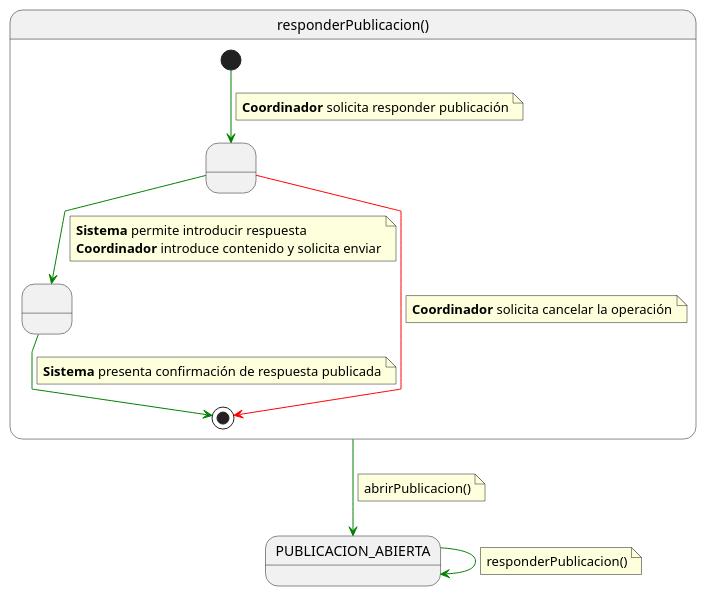
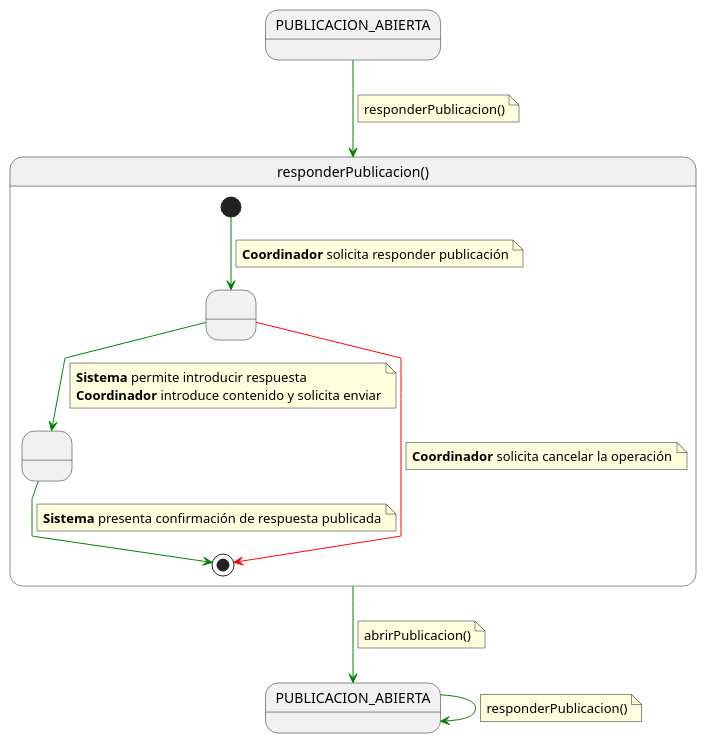
One commit to 31Diego/25-26-IdSw1-SdR changed the diagram in documentación/CasosDeUso/Detalle/Coordinador/07-publicaciones/responderPublicacion.puml. Above: the diagram before and after it, drawn with PlantUML. The commit also changed 18 other files, not shown here.

```diff
--- a/documentación/CasosDeUso/Detalle/Coordinador/07-publicaciones/responderPublicacion.puml
+++ b/documentación/CasosDeUso/Detalle/Coordinador/07-publicaciones/responderPublicacion.puml
@@ -1,42 +1,48 @@
 @startuml responderPublicacion
 
 skinparam linetype polyline
+
+state in2 as "PUBLICACION_ABIERTA"
+in2 -[#green]-> responderPublicacion
+note on link
+responderPublicacion()
+end note
 
 state responderPublicacion as "responderPublicacion()" {
 
     state " " as IntroduciendoRespuesta
     state " " as RespuestaRegistrada
 
     [*] -[#green]-> IntroduciendoRespuesta
     note on link
     <b>Coordinador</b> solicita responder publicación
     end note
 
     IntroduciendoRespuesta -[#green]-> RespuestaRegistrada
     note on link
     <b>Sistema</b> permite introducir respuesta
     <b>Coordinador</b> introduce contenido y solicita enviar
     end note
 
     IntroduciendoRespuesta -[#red]-> [*]
     note on link
     <b>Coordinador</b> solicita cancelar la operación
     end note
 
     RespuestaRegistrada -[#green]-> [*]
     note on link
     <b>Sistema</b> presenta confirmación de respuesta publicada
     end note
 }
 
 PUBLICACION_ABIERTA -[#green]-> PUBLICACION_ABIERTA
 note on link
 responderPublicacion()
 end note
 
 responderPublicacion -[#green]-> PUBLICACION_ABIERTA
 note on link
 abrirPublicacion()
 end note
 
 @enduml
```
